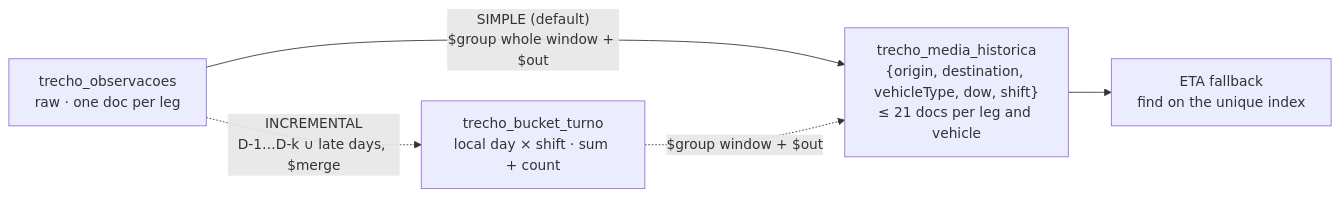
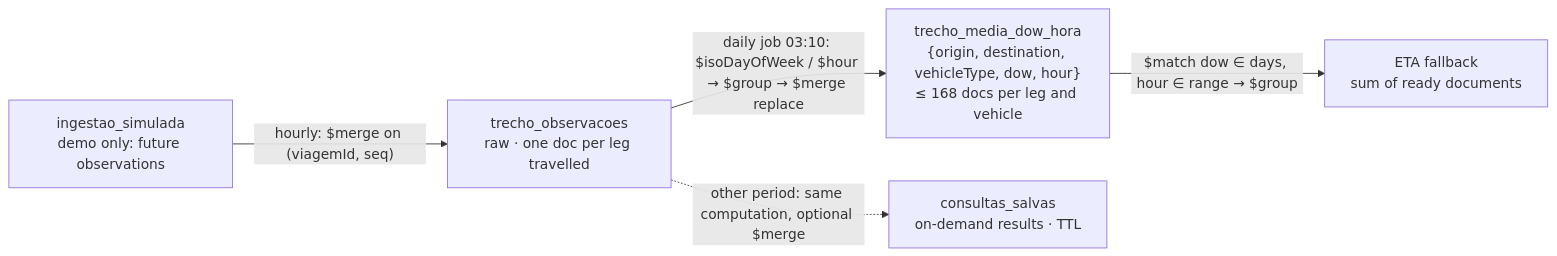
The diagram in README.md (adrianofratelli-glitch/atlas-rolling-aggregates-frota), drawn with Mermaid before and after one commit. The commit also changed other lines of this file and 22 other files, not shown here.

````diff
--- a/README.md
+++ b/README.md
@@ -96,11 +47,12 @@
 ```mermaid
 flowchart LR
-  R["trecho_observacoes<br/>raw · one doc per leg"]
-  M["trecho_media_historica<br/>{origin, destination, vehicleType, dow, shift}<br/>≤ 21 docs per leg and vehicle"]
-  BT["trecho_bucket_turno<br/>local day × shift · sum + count"]
-  A["ETA fallback<br/>find on the unique index"]
-  R -- "SIMPLE (default)<br/>$group whole window + $out" --> M
-  R -. "INCREMENTAL<br/>D-1…D-k ∪ late days, $merge" .-> BT
-  BT -. "$group window + $out" .-> M
-  M --> A
+  F["ingestao_simulada<br/>demo only: future observations"]
+  R["trecho_observacoes<br/>raw · one doc per leg travelled"]
+  B["trecho_media_dow_hora<br/>{origin, destination, vehicleType, dow, hour}<br/>≤ 168 docs per leg and vehicle"]
+  S["consultas_salvas<br/>on-demand results · TTL"]
+  A["ETA fallback<br/>sum of ready documents"]
+  F -- "hourly: $merge on (viagemId, seq)" --> R
+  R -- "daily job 03:10: $isoDayOfWeek / $hour → $group → $merge replace" --> B
+  B -- "$match dow ∈ days, hour ∈ range → $group" --> A
+  R -. "other period: same computation, optional $merge" .-> S
 ```
````
